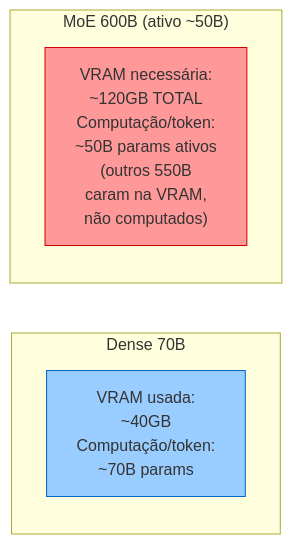
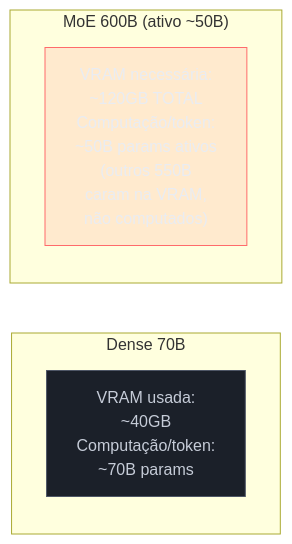
One commit to josenaldo/codex-technomanticus changed the fourth of 4 diagrams in 03-Dominios/Tecnologia/IA/Anatomia dos LLMs/09 - Dense vs Mixture-of-Experts.md. Above: the diagram before and after it, drawn with Mermaid. The commit also changed other lines of this file and 1181 other files, not shown here.

First line of the commit message:
fix(diagramas): paleta do sistema no lugar de cor cravada no markdown

````diff
--- a/03-Dominios/Tecnologia/IA/Anatomia dos LLMs/09 - Dense vs Mixture-of-Experts.md
+++ b/03-Dominios/Tecnologia/IA/Anatomia dos LLMs/09 - Dense vs Mixture-of-Experts.md
@@ -193,11 +197,13 @@
 ```mermaid
 graph LR
+    classDef neutro fill:#1B2029,stroke:#4E5666,color:#C6CCD8
+    classDef falha fill:#FF6B6B24,stroke:#FF6B6B,color:#E9ECF2
     subgraph "Dense 70B"
         A["VRAM usada:\n~40GB\nComputação/token:\n~70B params"]
     end
     subgraph "MoE 600B (ativo ~50B)"
         B["VRAM necessária:\n~120GB TOTAL\nComputação/token:\n~50B params ativos\n(outros 550B\ncaram na VRAM,\nnão computados)"]
     end
-    style A fill:#99ccff,stroke:#0066cc
-    style B fill:#ff9999,stroke:#cc0000
+    class A neutro
+    class B falha
 ```
````
